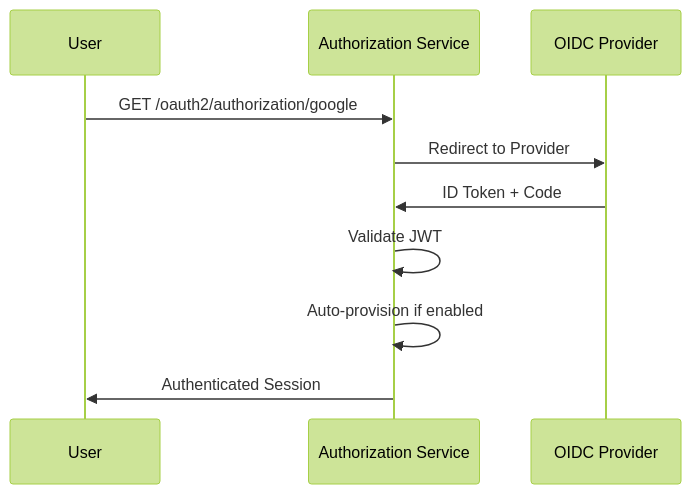
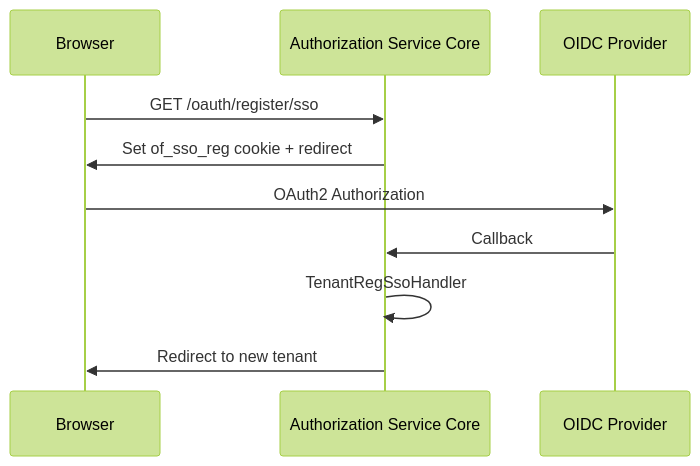
One commit to flamingo-stack/openframe-oss-lib changed the sixth of 6 diagrams in docs/reference/architecture/authorization-service-core/authorization-service-core.md. Above: the diagram before and after it, drawn with Mermaid (forest theme). The commit also changed other lines of this file and 212 other files, not shown here.

````diff
--- a/docs/reference/architecture/authorization-service-core/authorization-service-core.md
+++ b/docs/reference/architecture/authorization-service-core/authorization-service-core.md
@@ -223,13 +230,13 @@
 ```mermaid
 sequenceDiagram
-    participant User
-    participant AuthServer as Authorization Service
+    participant Browser
+    participant Authz as Authorization Service Core
     participant IdP as OIDC Provider
 
-    User->>AuthServer: GET /oauth2/authorization/google
-    AuthServer->>IdP: Redirect to Provider
-    IdP->>AuthServer: ID Token + Code
-    AuthServer->>AuthServer: Validate JWT
-    AuthServer->>AuthServer: Auto-provision if enabled
-    AuthServer->>User: Authenticated Session
+    Browser->>Authz: GET /oauth/register/sso
+    Authz->>Browser: Set of_sso_reg cookie + redirect
+    Browser->>IdP: OAuth2 Authorization
+    IdP->>Authz: Callback
+    Authz->>Authz: TenantRegSsoHandler
+    Authz->>Browser: Redirect to new tenant
 ```
````
